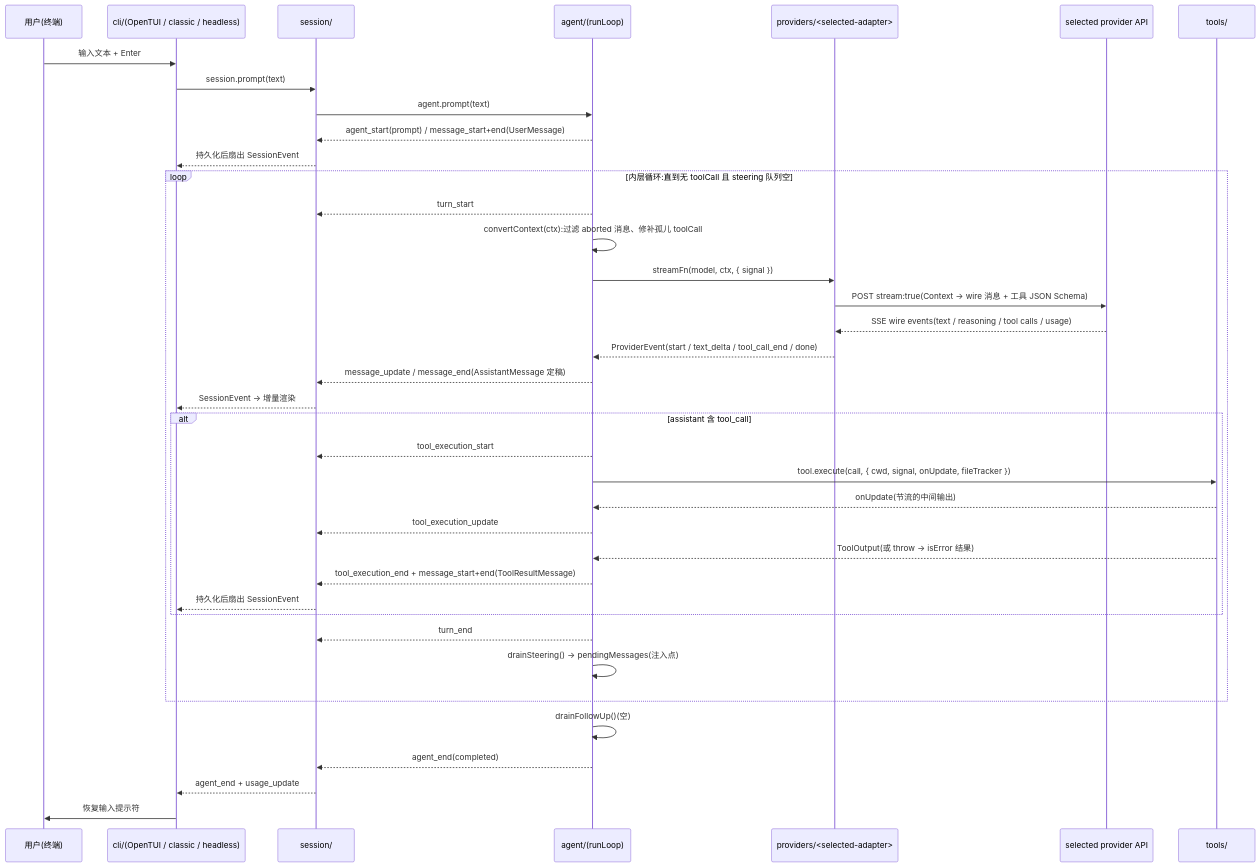
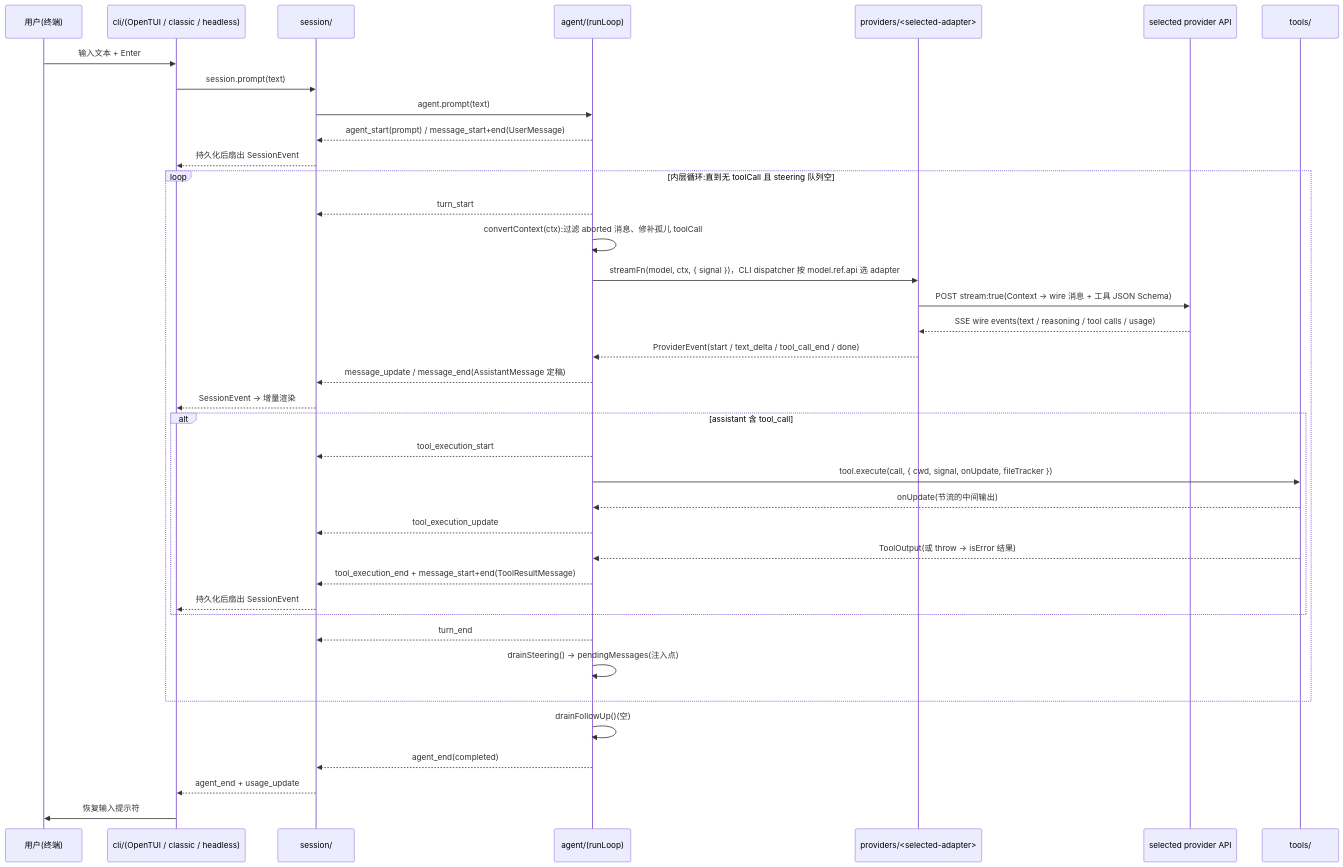
The third of 3 diagrams in docs/02-architecture.md (rita152/coda), drawn with Mermaid before and after one commit. The commit also changed other lines of this file and 34 other files, not shown here.

````diff
--- a/docs/02-architecture.md
+++ b/docs/02-architecture.md
@@ -246,41 +253,41 @@
 ```mermaid
 sequenceDiagram
   participant U as 用户(终端)
   participant CLI as cli/(OpenTUI / classic / headless)
   participant S as session/
   participant AG as agent/(runLoop)
   participant AD as providers/<selected-adapter>
   participant API as selected provider API
   participant T as tools/
 
   U->>CLI: 输入文本 + Enter
   CLI->>S: session.prompt(text)
   S->>AG: agent.prompt(text)
   AG-->>S: agent_start(prompt) / message_start+end(UserMessage)
   S-->>CLI: 持久化后扇出 SessionEvent
   loop 内层循环:直到无 toolCall 且 steering 队列空
     AG-->>S: turn_start
     AG->>AG: convertContext(ctx):过滤 aborted 消息、修补孤儿 toolCall
-    AG->>AD: streamFn(model, ctx, { signal })
+    AG->>AD: streamFn(model, ctx, { signal })，CLI dispatcher 按 model.ref.api 选 adapter
     AD->>API: POST stream:true(Context → wire 消息 + 工具 JSON Schema)
     API-->>AD: SSE wire events(text / reasoning / tool calls / usage)
     AD-->>AG: ProviderEvent(start / text_delta / tool_call_end / done)
     AG-->>S: message_update / message_end(AssistantMessage 定稿)
     S-->>CLI: SessionEvent → 增量渲染
     alt assistant 含 tool_call
       AG-->>S: tool_execution_start
       AG->>T: tool.execute(call, { cwd, signal, onUpdate, fileTracker })
       T-->>AG: onUpdate(节流的中间输出)
       AG-->>S: tool_execution_update
       T-->>AG: ToolOutput(或 throw → isError 结果)
       AG-->>S: tool_execution_end + message_start+end(ToolResultMessage)
       S-->>CLI: 持久化后扇出 SessionEvent
     end
     AG-->>S: turn_end
     AG->>AG: drainSteering() → pendingMessages(注入点)
   end
   AG->>AG: drainFollowUp()(空)
   AG-->>S: agent_end(completed)
   S-->>CLI: agent_end + usage_update
   CLI->>U: 恢复输入提示符
 ```
````
